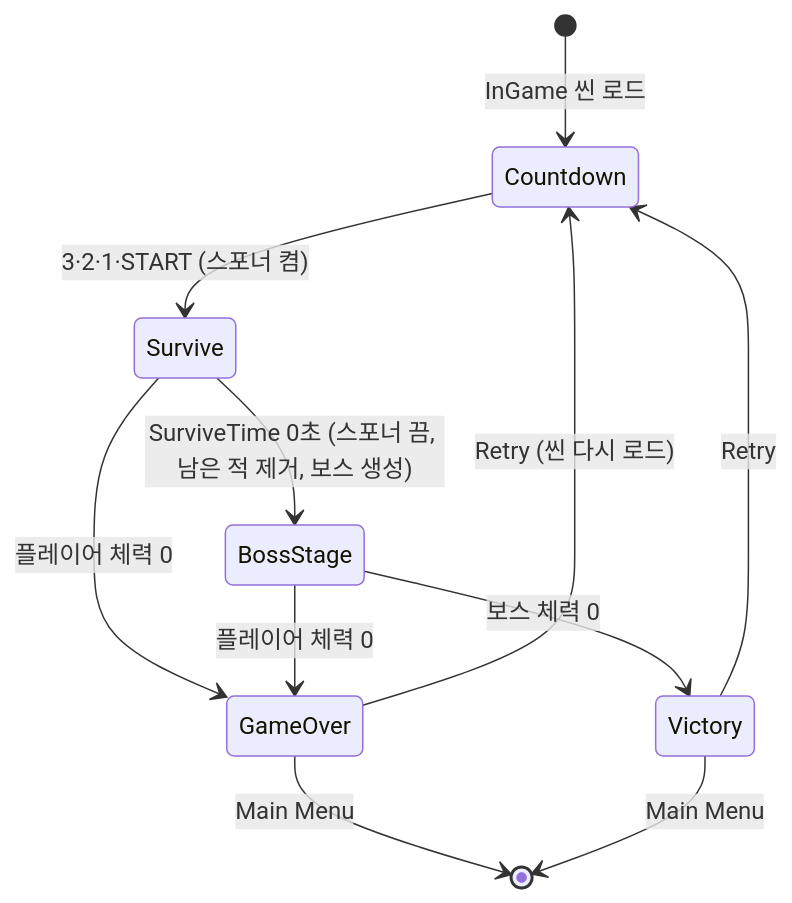
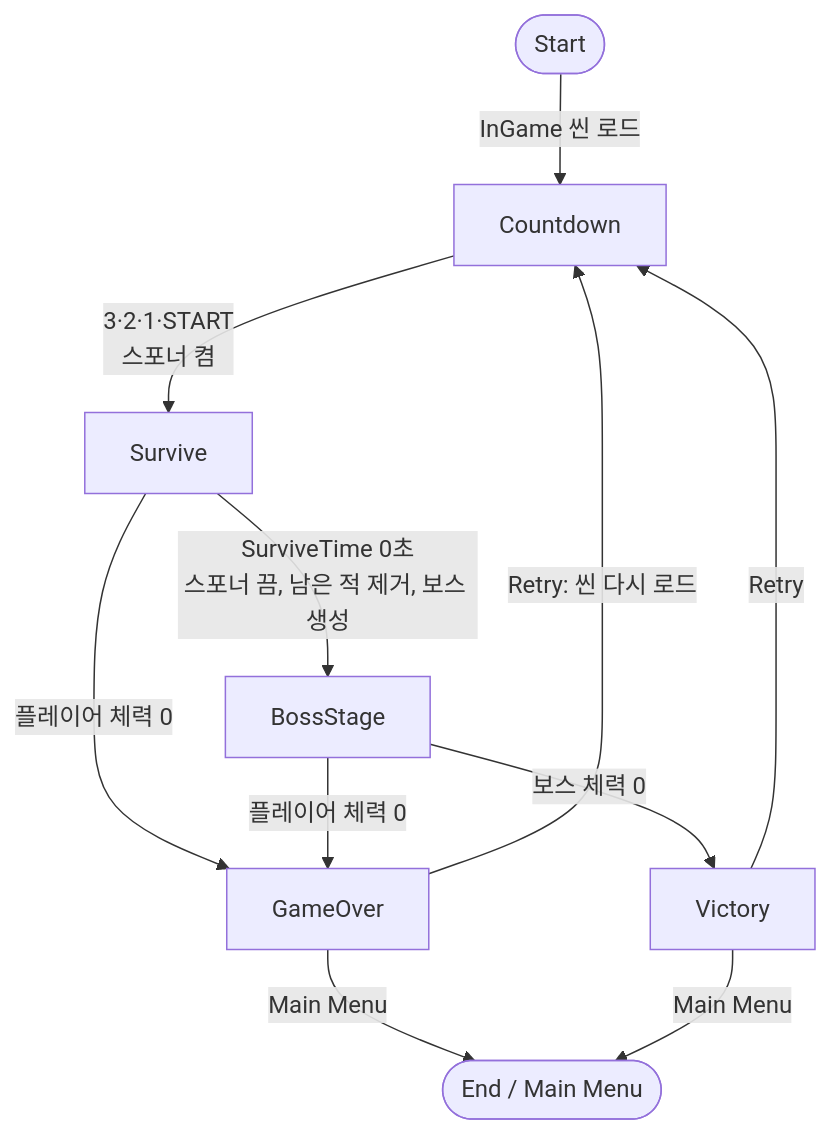
Before and after one commit to wjsdudgh99/portfolio-JYH: the second of 4 diagrams in src/2-2d-project-strikers-lite/Strikers Lite 기술 문서.md, drawn with Mermaid. The commit also changed 5 other files, not shown here.

````diff
--- a/src/2-2d-project-strikers-lite/Strikers Lite 기술 문서.md
+++ b/src/2-2d-project-strikers-lite/Strikers Lite 기술 문서.md
@@ -167,13 +167,18 @@
 ```mermaid
-stateDiagram-v2
-    [*] --> Countdown: InGame 씬 로드
-    Countdown --> Survive: 3·2·1·START (스포너 켬)
-    Survive --> BossStage: SurviveTime 0초 (스포너 끔, 남은 적 제거, 보스 생성)
-    Survive --> GameOver: 플레이어 체력 0
-    BossStage --> Victory: 보스 체력 0
-    BossStage --> GameOver: 플레이어 체력 0
-    GameOver --> Countdown: Retry (씬 다시 로드)
-    Victory --> Countdown: Retry
-    GameOver --> [*]: Main Menu
-    Victory --> [*]: Main Menu
+%%{init: {"elk": {"cycleBreakingStrategy": "MODEL_ORDER"}}}%%
+flowchart TD
+    Start([Start]) -->|InGame 씬 로드| Countdown[Countdown]
+    Countdown -->|3·2·1·START<br/>스포너 켬| Survive[Survive]
+    
+    Survive -->|SurviveTime 0초<br/>스포너 끔, 남은 적 제거, 보스 생성| BossStage[BossStage]
+    Survive -->|플레이어 체력 0| GameOver[GameOver]
+    
+    BossStage -->|보스 체력 0| Victory[Victory]
+    BossStage -->|플레이어 체력 0| GameOver
+    
+    GameOver -->|Retry: 씬 다시 로드| Countdown
+    Victory -->|Retry| Countdown
+    
+    GameOver -->|Main Menu| End([End / Main Menu])
+    Victory -->|Main Menu| End
 ```
````
